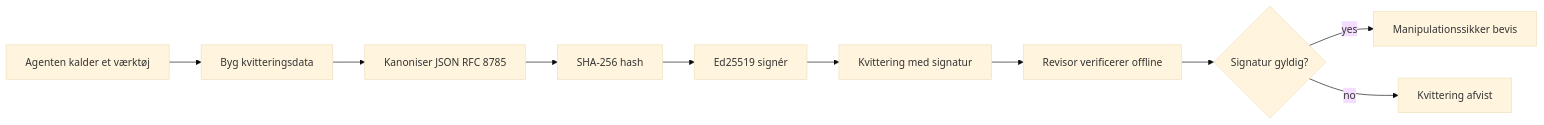
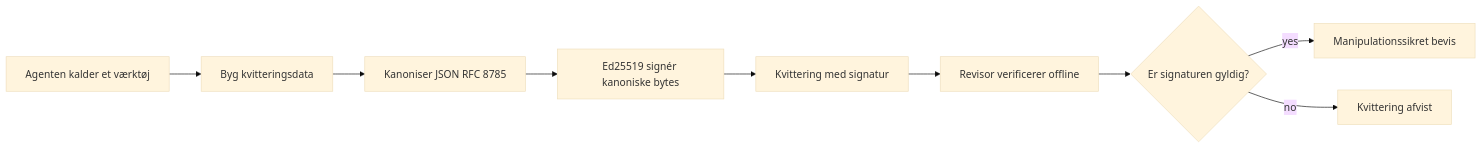
Before and after one commit to microsoft/ai-agents-for-beginners: the first of 2 diagrams in translations/da/18-securing-ai-agents/README.md, drawn with Mermaid (base theme). The commit also changed other lines of this file and 47 other files, not shown here.

````diff
--- a/translations/da/18-securing-ai-agents/README.md
+++ b/translations/da/18-securing-ai-agents/README.md
@@ -51,12 +51,11 @@
 ```mermaid
 flowchart LR
     A[Agenten kalder et værktøj] --> B[Byg kvitteringsdata]
     B --> C[Kanoniser JSON RFC 8785]
-    C --> D[SHA-256 hash]
-    D --> E[Ed25519 signér]
+    C --> E[Ed25519 signér kanoniske bytes]
     E --> F[Kvittering med signatur]
     F --> G[Revisor verificerer offline]
-    G --> H{Signatur gyldig?}
-    H -- yes --> I[Manipulationssikker bevis]
+    G --> H{Er signaturen gyldig?}
+    H -- yes --> I[Manipulationssikret bevis]
     H -- no --> J[Kvittering afvist]
 ```
````
